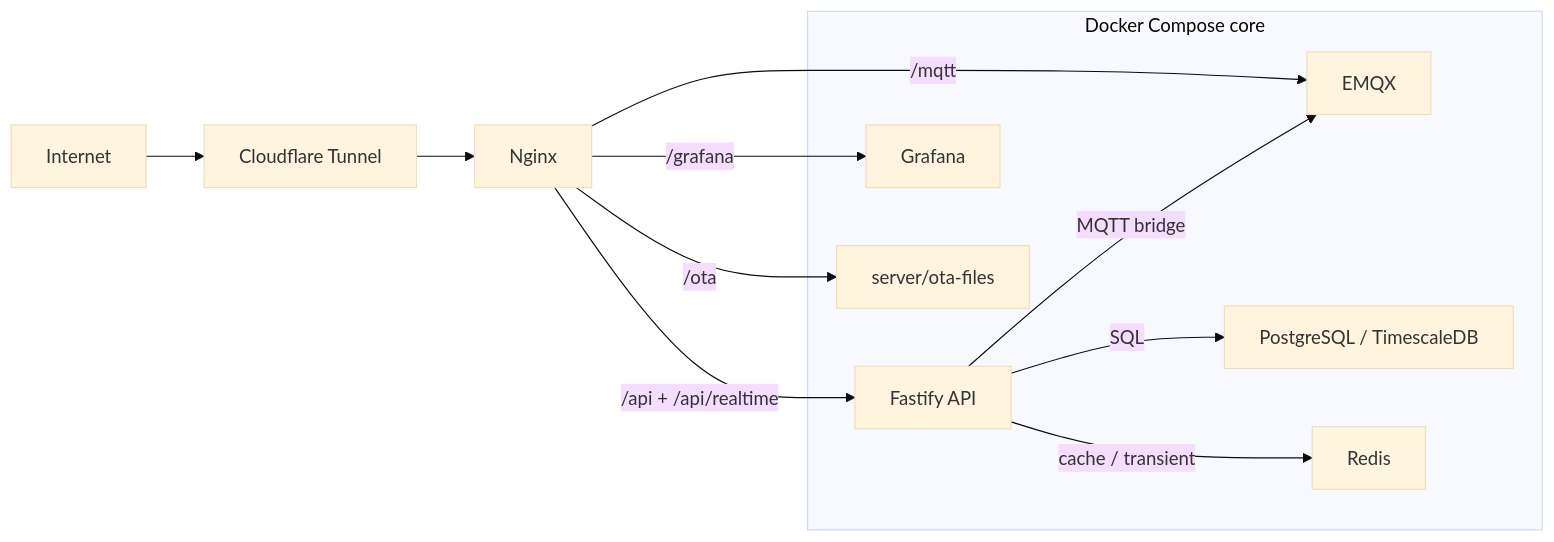
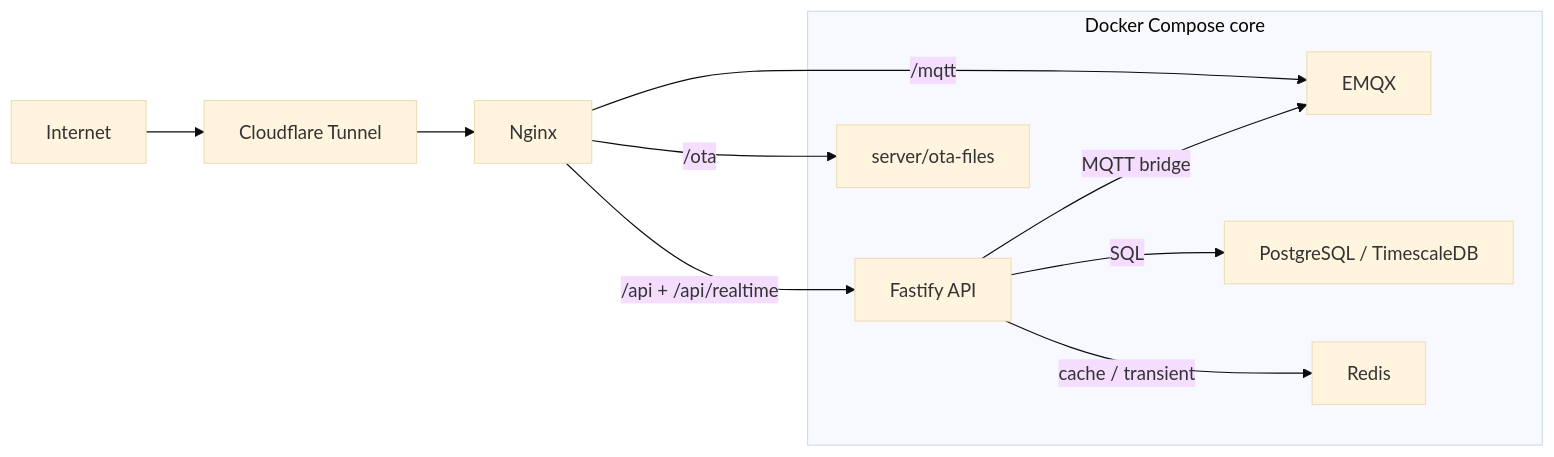
One commit to meeTeam05/smart-air changed the first of 4 diagrams in docs/ARCHITECTURE_SERVER.md. Above: the diagram before and after it, drawn with Mermaid (base theme). The commit also changed other lines of this file and 7 other files, not shown here.

````diff
--- a/docs/ARCHITECTURE_SERVER.md
+++ b/docs/ARCHITECTURE_SERVER.md
@@ -46,23 +45,21 @@
 ```mermaid
 flowchart LR
     Internet["Internet"] --> Tunnel["Cloudflare Tunnel"]
     Tunnel --> Nginx["Nginx"]
 
     subgraph Core["Docker Compose core"]
         API["Fastify API"]
         EMQX["EMQX"]
         DB["PostgreSQL / TimescaleDB"]
         Redis["Redis"]
-        Grafana["Grafana"]
         OTA["server/ota-files"]
     end
 
     Nginx -->|/api + /api/realtime| API
     Nginx -->|/mqtt| EMQX
-    Nginx -->|/grafana| Grafana
     Nginx -->|/ota| OTA
 
     API -->|SQL| DB
     API -->|cache / transient| Redis
     API -->|MQTT bridge| EMQX
 ```
````
